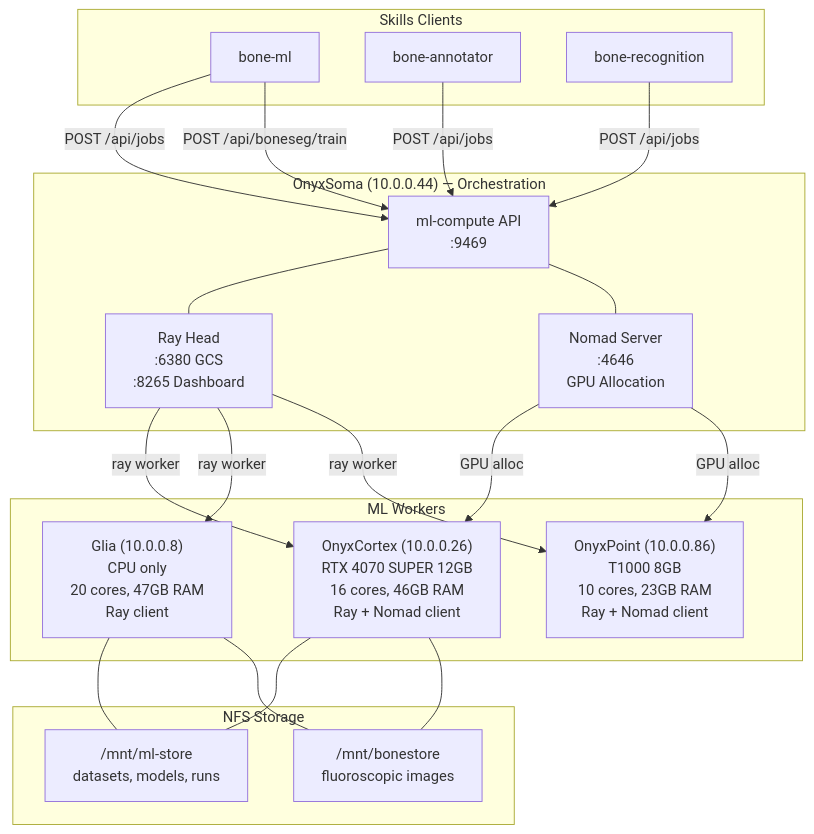
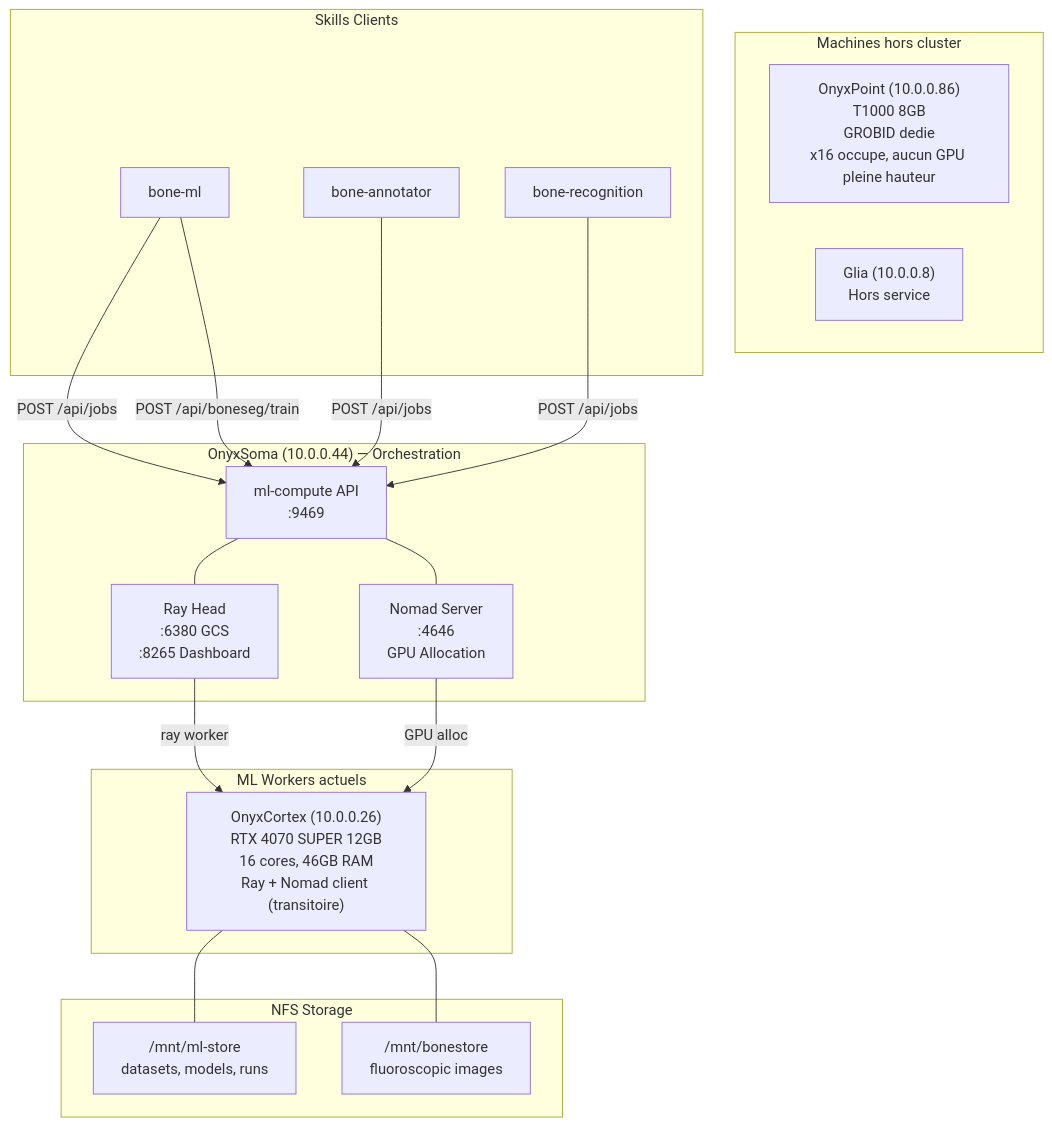
The second of 7 diagrams in DIAGRAM.md (VersoVet/ml-compute), drawn with Mermaid before and after one commit. The commit also changed other lines of this file and 56 other files, not shown here.

````diff
--- a/DIAGRAM.md
+++ b/DIAGRAM.md
@@ -40,43 +40,41 @@
 ```mermaid
 graph TB
     subgraph Soma["OnyxSoma (10.0.0.44) — Orchestration"]
         API["ml-compute API<br/>:9469"]
         RayHead["Ray Head<br/>:6380 GCS<br/>:8265 Dashboard"]
         NomadServer["Nomad Server<br/>:4646<br/>GPU Allocation"]
         API --- RayHead
         API --- NomadServer
     end
 
-    subgraph Workers["ML Workers"]
-        Cortex["OnyxCortex (10.0.0.26)<br/>RTX 4070 SUPER 12GB<br/>16 cores, 46GB RAM<br/>Ray + Nomad client"]
-        Glia["Glia (10.0.0.8)<br/>CPU only<br/>20 cores, 47GB RAM<br/>Ray client"]
-        OPoint["OnyxPoint (10.0.0.86)<br/>T1000 8GB<br/>10 cores, 23GB RAM<br/>Ray + Nomad client"]
+    subgraph Workers["ML Workers actuels"]
+        Cortex["OnyxCortex (10.0.0.26)<br/>RTX 4070 SUPER 12GB<br/>16 cores, 46GB RAM<br/>Ray + Nomad client (transitoire)"]
+    end
+
+    subgraph Dedicated["Machines hors cluster"]
+        OPoint["OnyxPoint (10.0.0.86)<br/>T1000 8GB<br/>GROBID dedie<br/>x16 occupe, aucun GPU pleine hauteur"]
+        Glia["Glia (10.0.0.8)<br/>Hors service"]
     end
 
     subgraph Storage["NFS Storage"]
         MLStore["/mnt/ml-store<br/>datasets, models, runs"]
         BoneStore["/mnt/bonestore<br/>fluoroscopic images"]
     end
 
     RayHead -->|ray worker| Cortex
-    RayHead -->|ray worker| Glia
-    RayHead -->|ray worker| OPoint
     NomadServer -->|GPU alloc| Cortex
-    NomadServer -->|GPU alloc| OPoint
 
     Cortex --- MLStore
     Cortex --- BoneStore
-    Glia --- MLStore
-    Glia --- BoneStore
 
     subgraph Clients["Skills Clients"]
         BoneML["bone-ml"]
         BoneAnnotator["bone-annotator"]
         BoneRec["bone-recognition"]
     end
 
     BoneML -->|POST /api/jobs| API
     BoneAnnotator -->|POST /api/jobs| API
     BoneRec -->|POST /api/jobs| API
     BoneML -->|POST /api/boneseg/train| API
 ```
````
